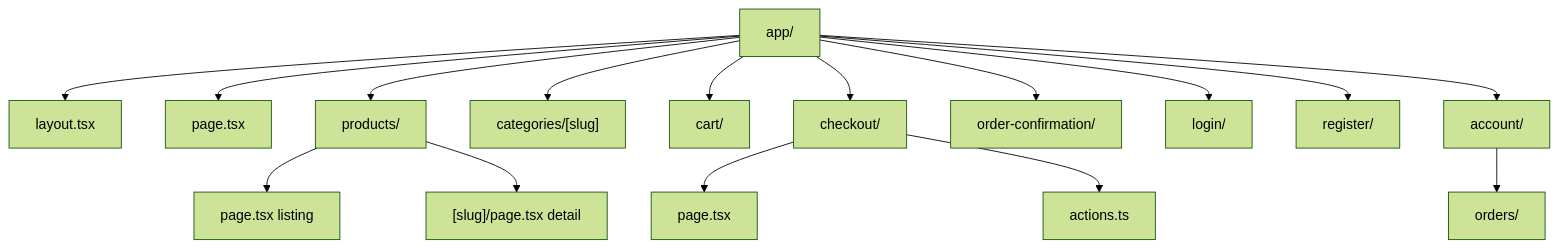
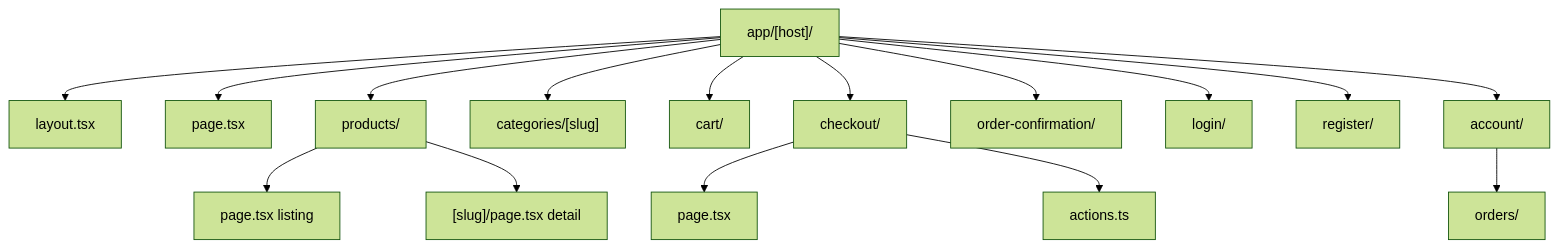
The diagram in apps/docs/content/docs/apps/storefront/pages-routes.mdx (rodrigobarona/prood-commerce-platform), drawn with Mermaid (forest theme) before and after one commit. The commit also changed other lines of this file and 94 other files, not shown here.

````diff
--- a/apps/docs/content/docs/apps/storefront/pages-routes.mdx
+++ b/apps/docs/content/docs/apps/storefront/pages-routes.mdx
@@ -26,32 +42,32 @@
 ```mermaid
 flowchart TB
-  APP[app/]
+  APP["app/[host]/"]
   LAYOUT[layout.tsx]
   HOME[page.tsx]
   PRODUCTS[products/]
   PLIST[page.tsx listing]
   PDETAIL["[slug]/page.tsx detail"]
   CATS["categories/[slug]"]
   CART[cart/]
   CHECKOUT[checkout/]
   CPAGE[page.tsx]
   CACTIONS[actions.ts]
   CONF[order-confirmation/]
   LOGIN[login/]
   REG[register/]
   ACCT[account/]
   ORDERS[orders/]
 
   APP --> LAYOUT
   APP --> HOME
   APP --> PRODUCTS --> PLIST
   PRODUCTS --> PDETAIL
   APP --> CATS
   APP --> CART
   APP --> CHECKOUT --> CPAGE
   CHECKOUT --> CACTIONS
   APP --> CONF
   APP --> LOGIN
   APP --> REG
   APP --> ACCT --> ORDERS
 ```
````
